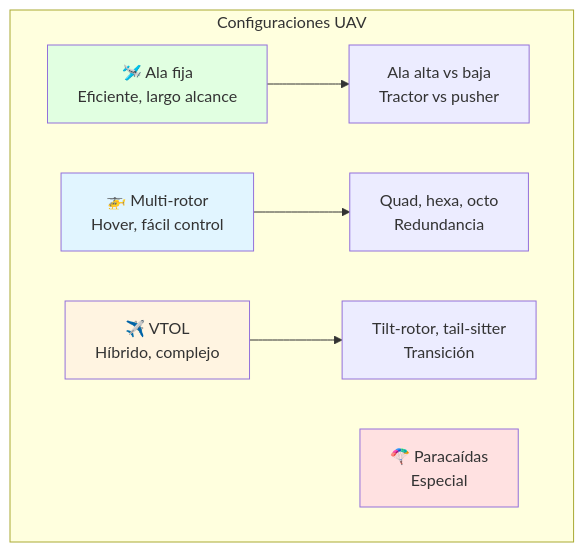
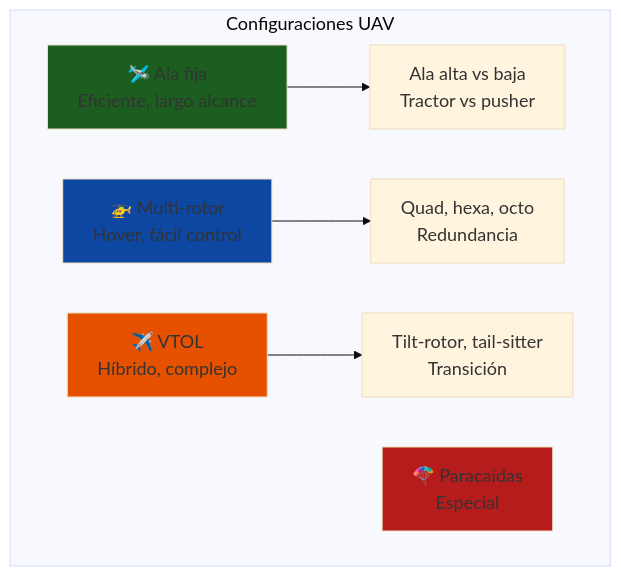
Before and after one commit to Ai-Whisperers/Courses-Content: the fourth of 12 diagrams in courses/🟡-development/FPUNA-2026/03-INGENIERIA-AERONAUTICA/05-diseno-aeronaves.md, drawn with Mermaid. The commit also changed other lines of this file and 47 other files, not shown here.

First line of the commit message:
fix: Make all 473 diagrams WCAG AAA accessible (FPUNA-2026)

````diff
--- a/courses/🟡-development/FPUNA-2026/03-INGENIERIA-AERONAUTICA/05-diseno-aeronaves.md
+++ b/courses/🟡-development/FPUNA-2026/03-INGENIERIA-AERONAUTICA/05-diseno-aeronaves.md
@@ -215,18 +218,19 @@
 ```mermaid
+%%{init: {'theme':'base', 'themeVariables': {'fontSize':'18px'}}}%%
 graph TD
     subgraph "Configuraciones UAV"
         A[🛩️ Ala fija<br/>Eficiente, largo alcance]
         B[🚁 Multi-rotor<br/>Hover, fácil control]
         C[✈️ VTOL<br/>Híbrido, complejo]
         D[🪂 Paracaídas<br/>Especial]
         
         A --> E[Ala alta vs baja<br/>Tractor vs pusher]
         B --> F[Quad, hexa, octo<br/>Redundancia]
         C --> G[Tilt-rotor, tail-sitter<br/>Transición]
     end
     
-    style A fill:#E1FFE1
-    style B fill:#E1F5FF
-    style C fill:#FFF4E1
-    style D fill:#FFE1E1
+    style A fill:#1b5e20
+    style B fill:#0d47a1
+    style C fill:#e65100
+    style D fill:#b71c1c
 ```
````
